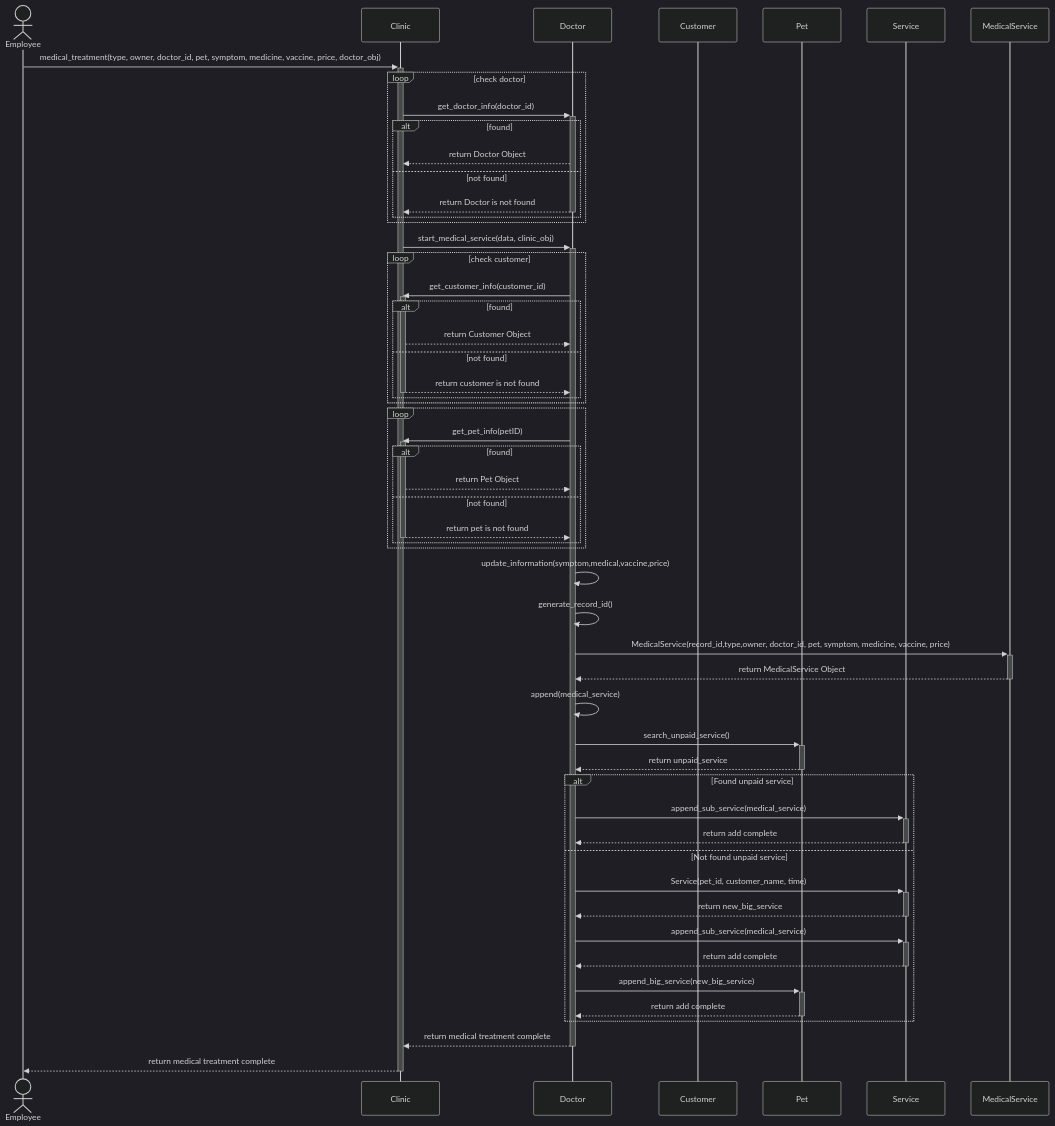
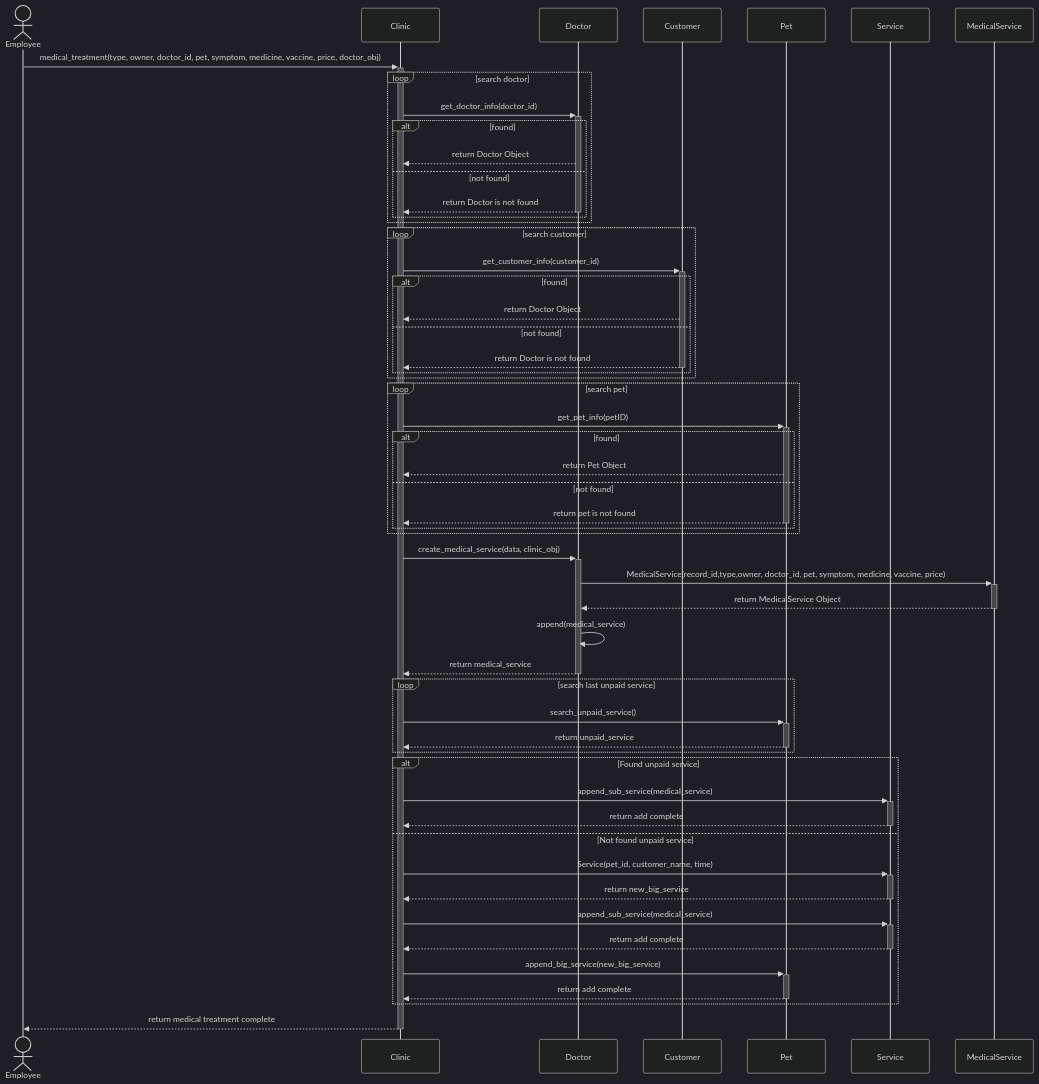
The diagram in SequenceDiagram/Pet Treatment Service-2026-02-21-073359.mmd (HiruKub/OOP-PROJECT_BASECODE), drawn with Mermaid (dark theme) before and after one commit. The commit also changed 1 other file, not shown here.

Commit message:
fix: improve clarity in sequence diagram for medical treatment service by refining loop descriptions and comments

```diff
--- a/SequenceDiagram/Pet Treatment Service-2026-02-21-073359.mmd
+++ b/SequenceDiagram/Pet Treatment Service-2026-02-21-073359.mmd
@@ -1,80 +1,77 @@
 sequenceDiagram
     actor Employee
     participant Clinic
     participant Doctor
     participant Customer
     participant Pet
     participant Service
     participant MedicalService
     
 
     Employee ->>+ Clinic: medical_treatment(type, owner, doctor_id, pet, symptom, medicine, vaccine, price, doctor_obj)
 
-    loop check doctor
+    loop search doctor
         Clinic->>+Doctor: get_doctor_info(doctor_id)
         alt found
             Doctor-->>Clinic: return Doctor Object
         else not found
             Doctor-->>-Clinic: return Doctor is not found
         end
     end
 
-    Clinic ->>+ Doctor: start_medical_service(data, clinic_obj)
+    %% Clinic ->>+ Doctor: start_medical_service(data, clinic_obj)
 
-    loop check customer
-        Doctor ->>+ Clinic: get_customer_info(customer_id)
-        %% Clinic ->>+ Customer: get_customer_id()
-        %% Customer -->>- Clinic: return customer_id
+    loop search customer
+        Clinic->>+Customer: get_customer_info(customer_id)
         alt found
-            Clinic -->> Doctor: return Customer Object
+            Customer-->>Clinic: return Doctor Object
         else not found
-            Clinic -->>- Doctor: return customer is not found
+            Customer-->>-Clinic: return Doctor is not found
         end
     end
-
     
-    
-    loop 
-        
-        Doctor->>+Clinic: get_pet_info(petID)
-        
-        alt found
-             
-            Clinic-->>Doctor: return Pet Object 
+    loop search pet
+        Clinic->>+Pet: get_pet_info(petID)
+        alt found   
+            Pet-->>Clinic: return Pet Object 
         else not found
-           
-            Clinic-->>-Doctor: return pet is not found
+            Pet-->>-Clinic: return pet is not found
         end
     end
     
 
-    Doctor->>Doctor: update_information(symptom,medical,vaccine,price)
+    %% Doctor->>Doctor: update_information(symptom,medical,vaccine,price)
     
-    Doctor->>Doctor: generate_record_id()
-    
+    %% Doctor->>Doctor: generate_record_id()
+    Clinic->>+Doctor: create_medical_service(data, clinic_obj)
+
     Doctor->>+MedicalService: MedicalService(record_id,type,owner, doctor_id, pet, symptom, medicine, vaccine, price)    
     MedicalService-->>-Doctor: return MedicalService Object
 
     Doctor->>Doctor: append(medical_service)
-    
-    Doctor->>+Pet: search_unpaid_service()
-    Pet-->>-Doctor: return unpaid_service
-    
+
+    Doctor-->>-Clinic: return medical_service
+
+    loop search last unpaid service 
+        Clinic->>+Pet: search_unpaid_service()
+        Pet-->>-Clinic: return unpaid_service
+    end
+
     alt Found unpaid service
-        Doctor->>+Service: append_sub_service(medical_service)
-        Service-->>-Doctor: return add complete
+        Clinic->>+Service: append_sub_service(medical_service)
+        Service-->>-Clinic: return add complete
     else Not found unpaid service
-        Doctor->>+Service: Service(pet_id, customer_name, time)
-        Service-->>-Doctor: return new_big_service
+        Clinic->>+Service: Service(pet_id, customer_name, time)
+        Service-->>-Clinic: return new_big_service
 
-        Doctor->>+Service: append_sub_service(medical_service)
-        Service-->>-Doctor: return add complete
+        Clinic->>+Service: append_sub_service(medical_service)
+        Service-->>-Clinic: return add complete
 
-        Doctor->>+Pet: append_big_service(new_big_service)
-        Pet-->>-Doctor: return add complete
+        Clinic->>+Pet: append_big_service(new_big_service)
+        Pet-->>-Clinic: return add complete
         
     end
 
-    Doctor-->>-Clinic: return medical treatment complete
+    %% Doctor-->>-Clinic: return medical treatment complete
 
     Clinic-->>-Employee: return medical treatment complete
```
